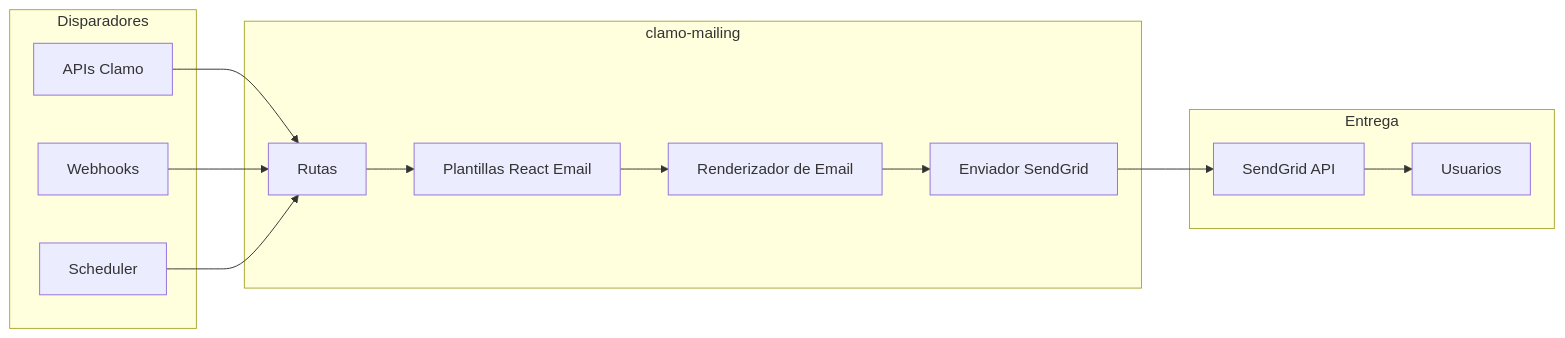
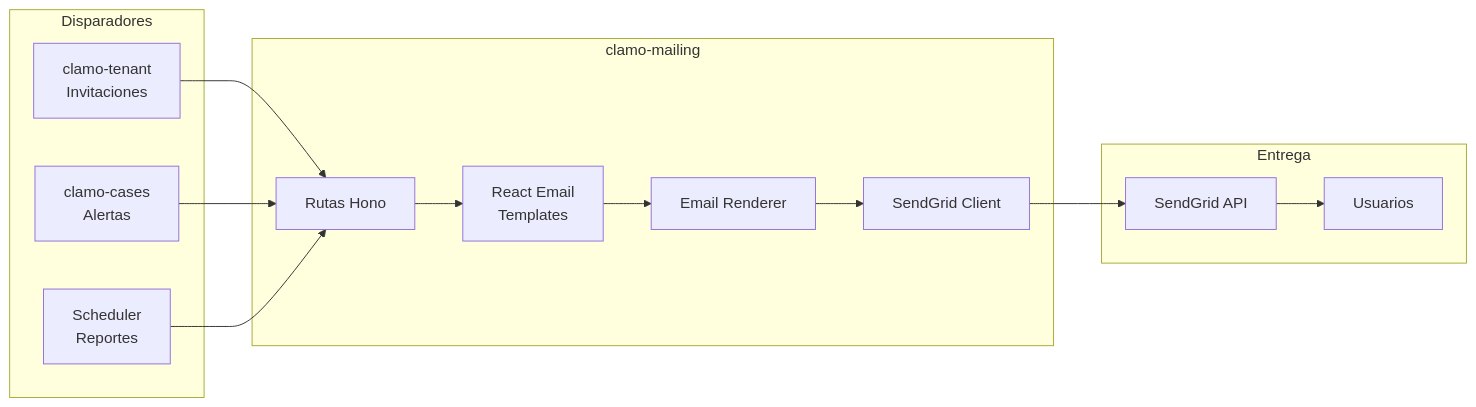
One commit to GetClamo/docs changed the diagram in es/servicios/clamo-mailing.mdx. Above: the diagram before and after it, drawn with Mermaid. The commit also changed other lines of this file and 10 other files, not shown here.

````diff
--- a/es/servicios/clamo-mailing.mdx
+++ b/es/servicios/clamo-mailing.mdx
@@ -23,29 +23,29 @@
 ```mermaid
 flowchart LR
     subgraph Triggers [Disparadores]
-        API[APIs Clamo]
-        Webhooks[Webhooks]
-        Scheduler[Scheduler]
+        Tenant[clamo-tenant<br/>Invitaciones]
+        Cases[clamo-cases<br/>Alertas]
+        Scheduler[Scheduler<br/>Reportes]
     end
     
     subgraph Mailing [clamo-mailing]
-        Routes[Rutas]
-        Templates[Plantillas React Email]
-        Renderer[Renderizador de Email]
-        Sender[Enviador SendGrid]
+        Routes[Rutas Hono]
+        Templates[React Email<br/>Templates]
+        Renderer[Email Renderer]
+        Sender[SendGrid Client]
     end
     
     subgraph Delivery [Entrega]
         SendGrid[SendGrid API]
         Users[Usuarios]
     end
     
-    API --> Routes
-    Webhooks --> Routes
+    Tenant --> Routes
+    Cases --> Routes
     Scheduler --> Routes
     Routes --> Templates
     Templates --> Renderer
     Renderer --> Sender
     Sender --> SendGrid
     SendGrid --> Users
 ```
````
